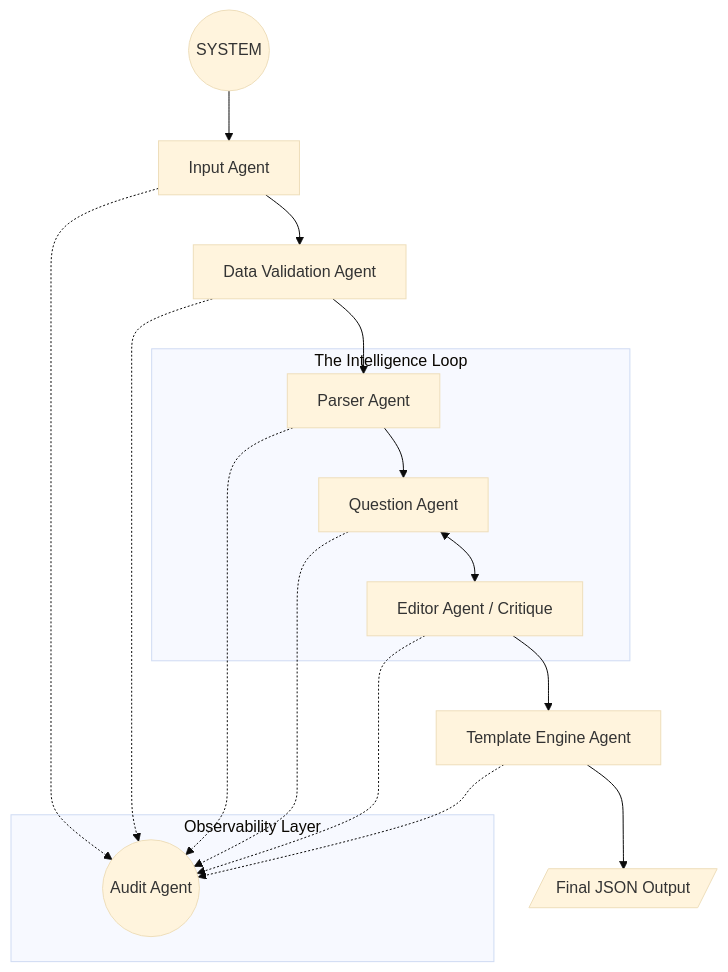
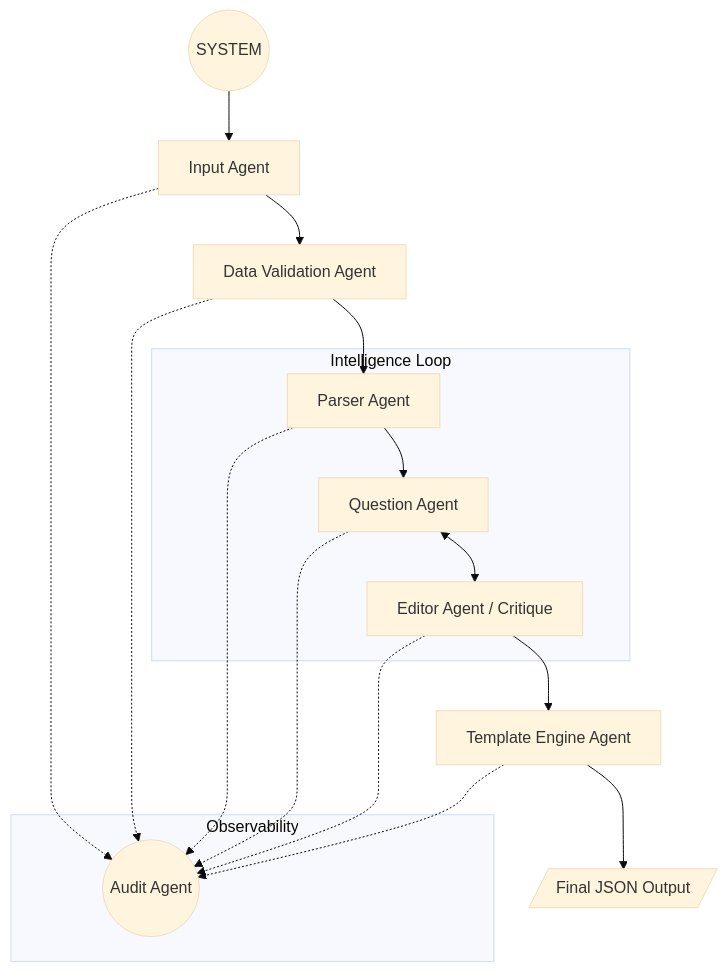
Before and after one commit to AMOGH1308/kasparro-ai-agentic-content-generation-system-Amogh-Guruprakash: the first of 4 diagrams in docs/projectdocumentation.md, drawn with Mermaid (base theme). The commit also changed other lines of this file, not shown here.

Commit message:
fixed the comparison logic diagram

````diff
--- a/docs/projectdocumentation.md
+++ b/docs/projectdocumentation.md
@@ -44,26 +44,26 @@
 ```mermaid
 graph TD
     System((SYSTEM)) --> Input[Input Agent]
     Input --> Val[Data Validation Agent]
     Val --> Parser[Parser Agent]
     
-    subgraph "The Intelligence Loop"
+    subgraph "Intelligence Loop"
         Parser --> QA[Question Agent]
         QA <--> Editor[Editor Agent / Critique]
     end
 
     Editor --> Tpl[Template Engine Agent]
     Tpl --> Out[/Final JSON Output/]
 
-    subgraph "Observability Layer"
+    subgraph "Observability"
         Audit((Audit Agent))
     end
     
     %% Implicit connections handled by Orchestrator
     Input -.-> Audit
     Val -.-> Audit
     Parser -.-> Audit
     QA -.-> Audit
     Editor -.-> Audit
     Tpl -.-> Audit
 ```
````
